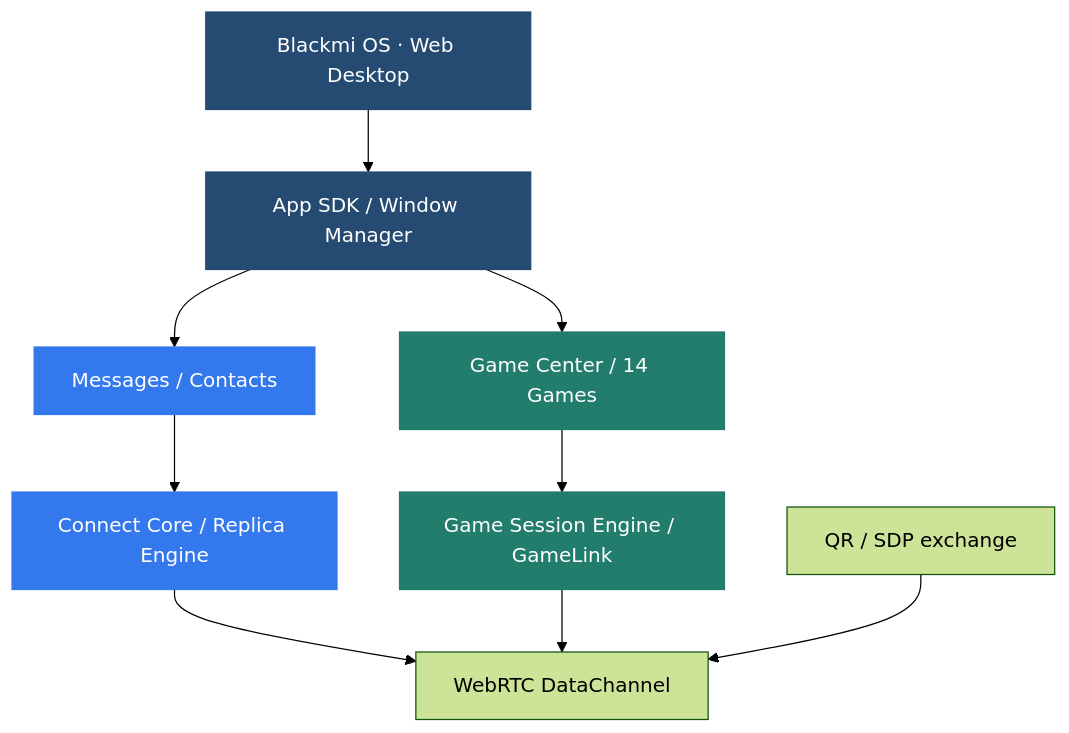
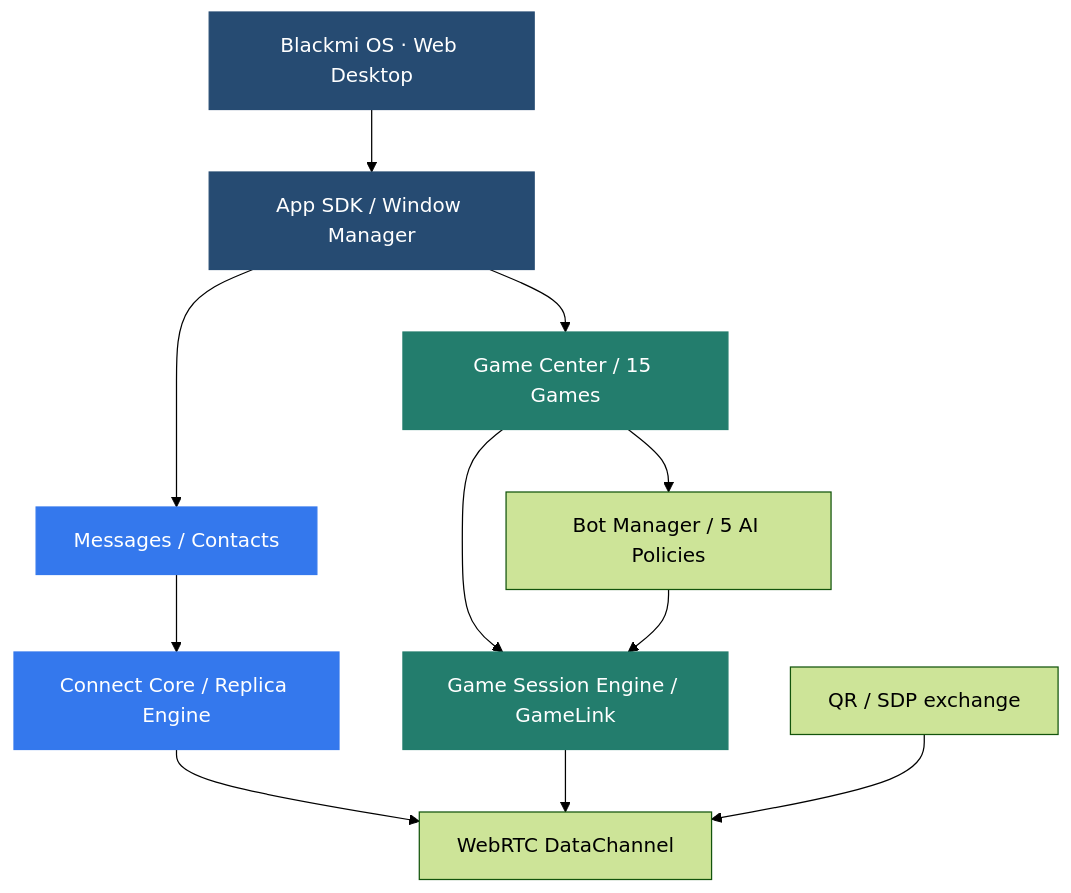
One commit to xiaoblackmi/Blackmi-os changed the fourth of 4 diagrams in README.md. Above: the diagram before and after it, drawn with Mermaid (forest theme). The commit also changed other lines of this file, not shown here.

````diff
--- a/README.md
+++ b/README.md
@@ -294,17 +307,19 @@
 ```mermaid
 flowchart TD
     A["Blackmi OS · Web Desktop"] --> B["App SDK / Window Manager"]
     B --> C["Messages / Contacts"]
-    B --> D["Game Center / 14 Games"]
+    B --> D["Game Center / 15 Games"]
     C --> E["Connect Core / Replica Engine"]
     D --> F["Game Session Engine / GameLink"]
+    D --> I["Bot Manager / 5 AI Policies"]
+    I --> F
     E --> G["WebRTC DataChannel"]
     F --> G
     H["QR / SDP exchange"] --> G
     classDef shell fill:#264b72,color:#fff,stroke:#264b72
     classDef chat fill:#3478ed,color:#fff,stroke:#3478ed
     classDef game fill:#237d6d,color:#fff,stroke:#237d6d
     class A,B shell
     class C,E chat
     class D,F game
 ```
````
